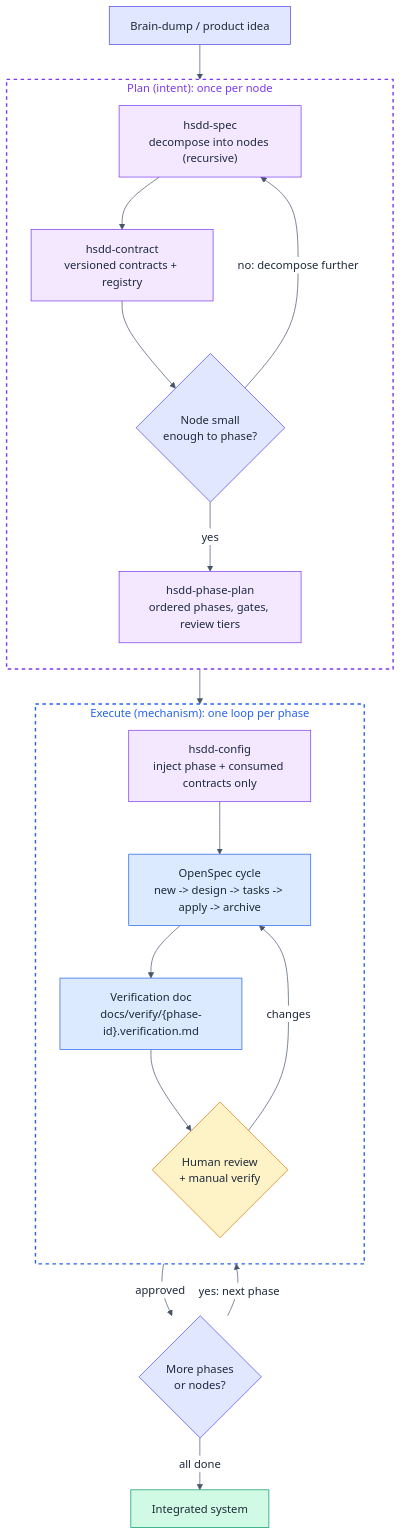
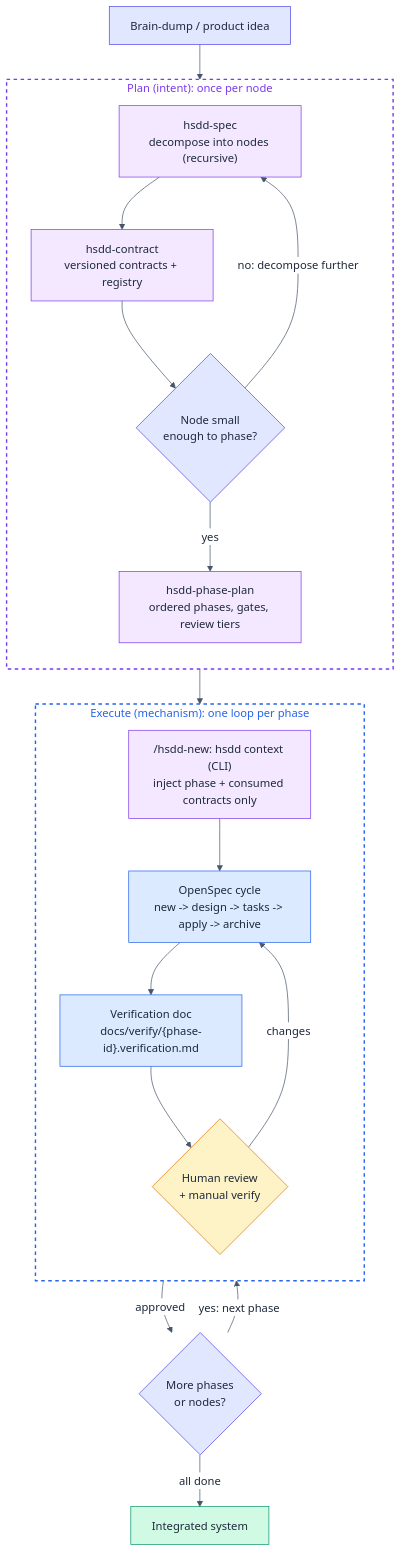
One commit to mpurbo/hsdd changed the second of 3 diagrams in docs/users-guide.md. Above: the diagram before and after it, drawn with Mermaid. The commit also changed other lines of this file, not shown here.

Commit message:
docs: finish v0.5 wording sweep in the user's guide
Claude-Session: https://claude.ai/code/session_01CocpjGXqPnKVtKi4hfwq2d

````diff
--- a/docs/users-guide.md
+++ b/docs/users-guide.md
@@ -97,50 +97,50 @@
 ```mermaid
 %%{init:{'theme':'base','themeVariables':{'primaryTextColor':'#1e293b','lineColor':'#475569','edgeLabelBackground':'#ffffff','tertiaryTextColor':'#1e293b'}}}%%
 flowchart TD
     bd["Brain-dump / product idea"]
 
     subgraph plan ["Plan (intent): once per node"]
         direction TB
         decompose["hsdd-spec<br/>decompose into nodes (recursive)"]
         contracts["hsdd-contract<br/>versioned contracts + registry"]
         leaf{"Node small<br/>enough to phase?"}
         phaseplan["hsdd-phase-plan<br/>ordered phases, gates, review tiers"]
         decompose --> contracts --> leaf
         leaf -- "no: decompose further" --> decompose
         leaf -- yes --> phaseplan
     end
 
     subgraph exec ["Execute (mechanism): one loop per phase"]
         direction TB
-        config["hsdd-config<br/>inject phase + consumed contracts only"]
+        config["/hsdd-new: hsdd context (CLI)<br/>inject phase + consumed contracts only"]
         cycle["OpenSpec cycle<br/>new -> design -> tasks -> apply -> archive"]
         verify["Verification doc<br/>docs/verify/{phase-id}.verification.md"]
         gate{"Human review<br/>+ manual verify"}
         config --> cycle --> verify --> gate
         gate -- changes --> cycle
     end
 
     more{"More phases<br/>or nodes?"}
     done["Integrated system"]
 
     bd --> decompose
     phaseplan --> config
     gate -- approved --> more
     more -- "yes: next phase" --> config
     more -- all done --> done
 
     style plan fill:none,stroke:#7c3aed,stroke-dasharray: 5 5,stroke-width:2px,color:#7c3aed
     style exec fill:none,stroke:#2563eb,stroke-dasharray: 5 5,stroke-width:2px,color:#2563eb
 
     style bd fill:#e0e7ff,stroke:#4f46e5,color:#1e293b
     style decompose fill:#f3e8ff,stroke:#7c3aed,color:#1e293b
     style contracts fill:#f3e8ff,stroke:#7c3aed,color:#1e293b
     style leaf fill:#e0e7ff,stroke:#4f46e5,color:#1e293b
     style phaseplan fill:#f3e8ff,stroke:#7c3aed,color:#1e293b
     style config fill:#f3e8ff,stroke:#7c3aed,color:#1e293b
     style cycle fill:#dbeafe,stroke:#2563eb,color:#1e293b
     style verify fill:#dbeafe,stroke:#2563eb,color:#1e293b
     style gate fill:#fef3c7,stroke:#d97706,color:#1e293b
     style more fill:#e0e7ff,stroke:#4f46e5,color:#1e293b
     style done fill:#d1fae5,stroke:#059669,color:#1e293b
 ```
````
